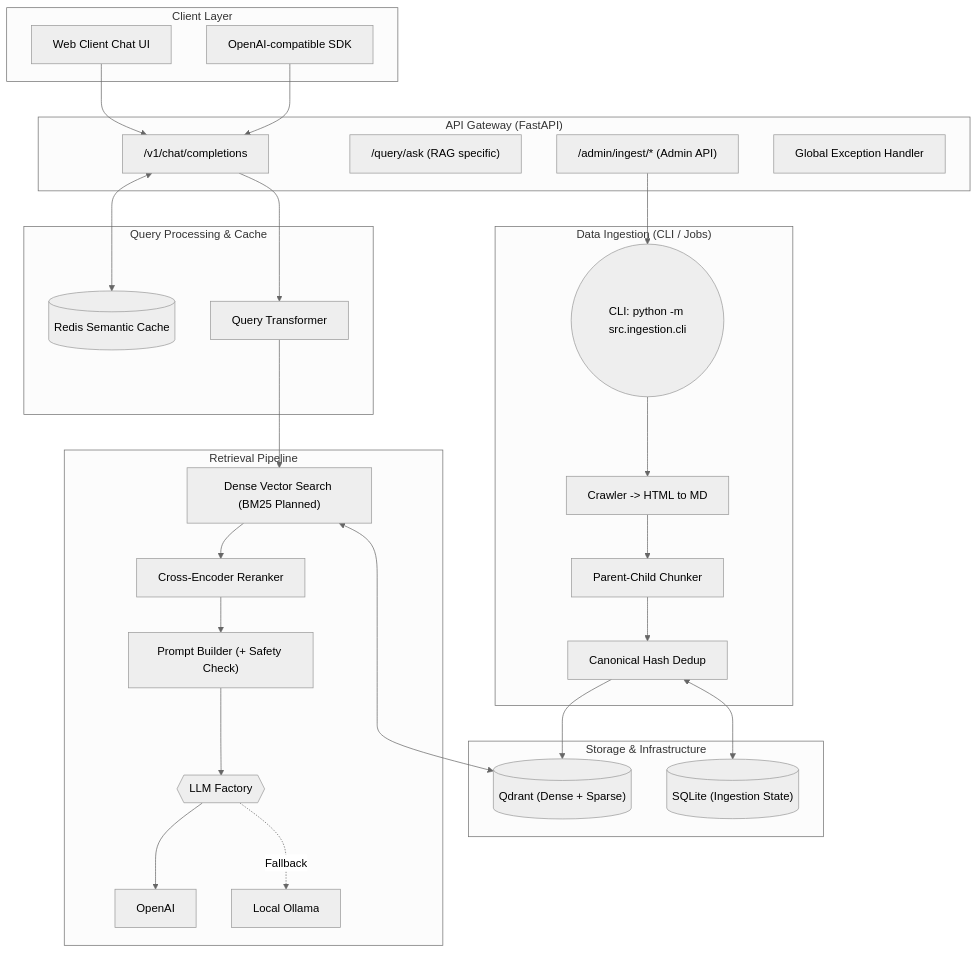
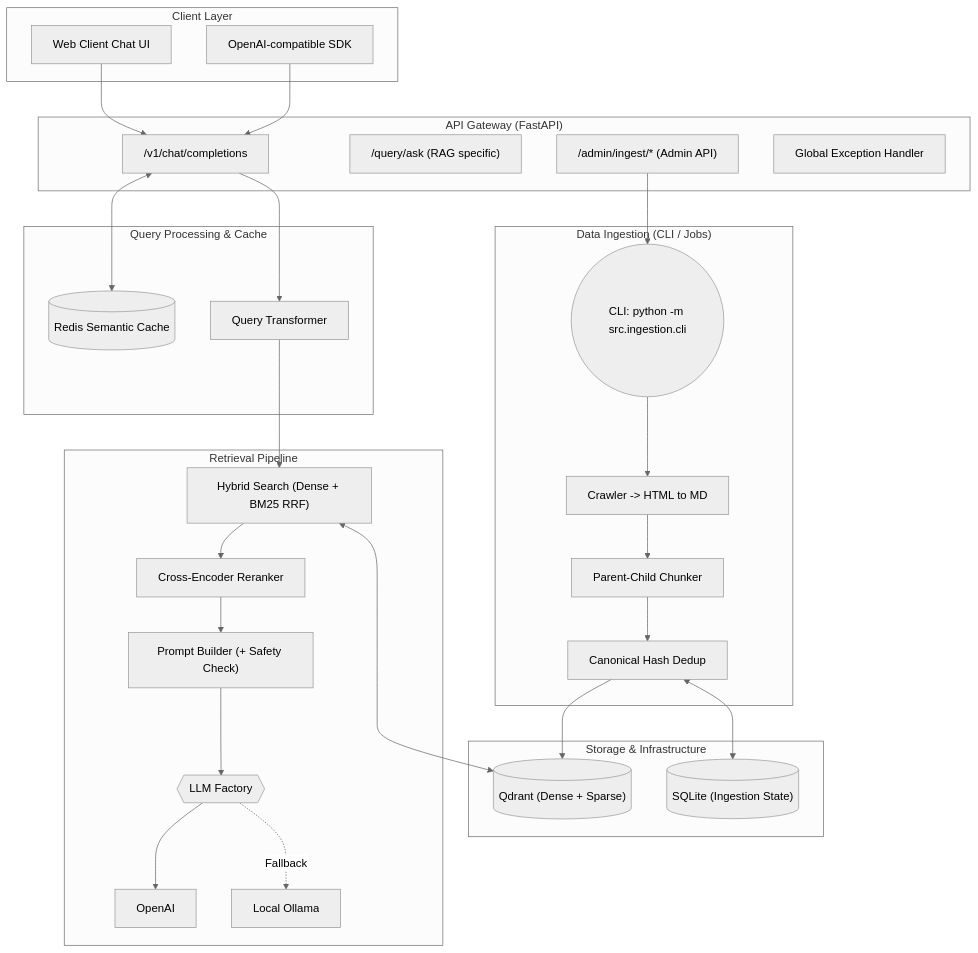
One commit to ToooAir/german-visa-rag changed the diagram in README.md. Above: the diagram before and after it, drawn with Mermaid (neutral theme). The commit also changed other lines of this file and 6 other files, not shown here.

Commit message:
feat: Implement a sparse encoder for BM25-style hybrid search with Qdrant and RRF, adding new files for encoding, testing, and data, and updating existing configurations and documentation.

````diff
--- a/README.md
+++ b/README.md
@@ -35,53 +35,53 @@
 ```mermaid
 graph TB
     subgraph "Client Layer"
         A1["Web Client Chat UI"]
         A2["OpenAI-compatible SDK"]
     end
 
     subgraph "API Gateway (FastAPI)"
         B1["/v1/chat/completions"]
         B2["/query/ask (RAG specific)"]
         B3["/admin/ingest/* (Admin API)"]
         EH["Global Exception Handler"]
     end
 
     subgraph "Query Processing & Cache"
         C1["Query Transformer"]
         E2[("Redis Semantic Cache")]
     end
 
     subgraph "Retrieval Pipeline"
-        D1["Dense Vector Search (BM25 Planned)"]
+        D1["Hybrid Search (Dense + BM25 RRF)"]
         D2["Cross-Encoder Reranker"]
         D3["Prompt Builder (+ Safety Check)"]
         F1{{"LLM Factory"}}
         LLM_A["OpenAI"]
         LLM_B["Local Ollama"]
     end
 
     subgraph "Data Ingestion (CLI / Jobs)"
         G0(("CLI: python -m src.ingestion.cli"))
         G1["Crawler -> HTML to MD"]
         G2["Parent-Child Chunker"]
         G3["Canonical Hash Dedup"]
     end
 
     subgraph "Storage & Infrastructure"
         E1[("Qdrant (Dense + Sparse)")]
         E3[("SQLite (Ingestion State)")]
     end
 
     A1 --> B1
     A2 --> B1
     B1 <--> E2
     B1 --> C1 --> D1 --> D2 --> D3
     D3 --> F1
     F1 --> LLM_A
     F1 -. Fallback .-> LLM_B
     D1 <--> E1
     B3 --> G0
     
     G0 --> G1 --> G2 --> G3 --> E1
     G3 <--> E3
 ```
````
